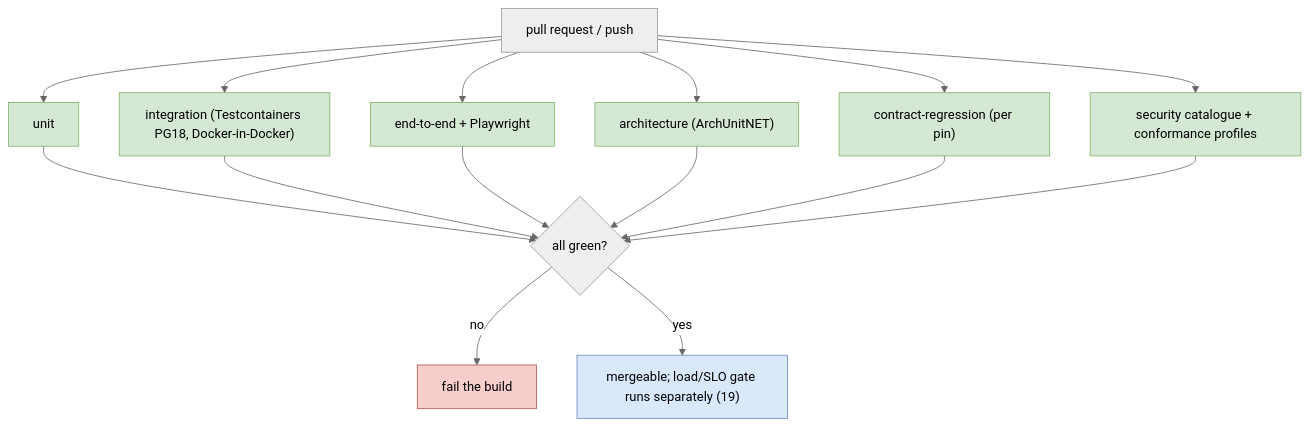
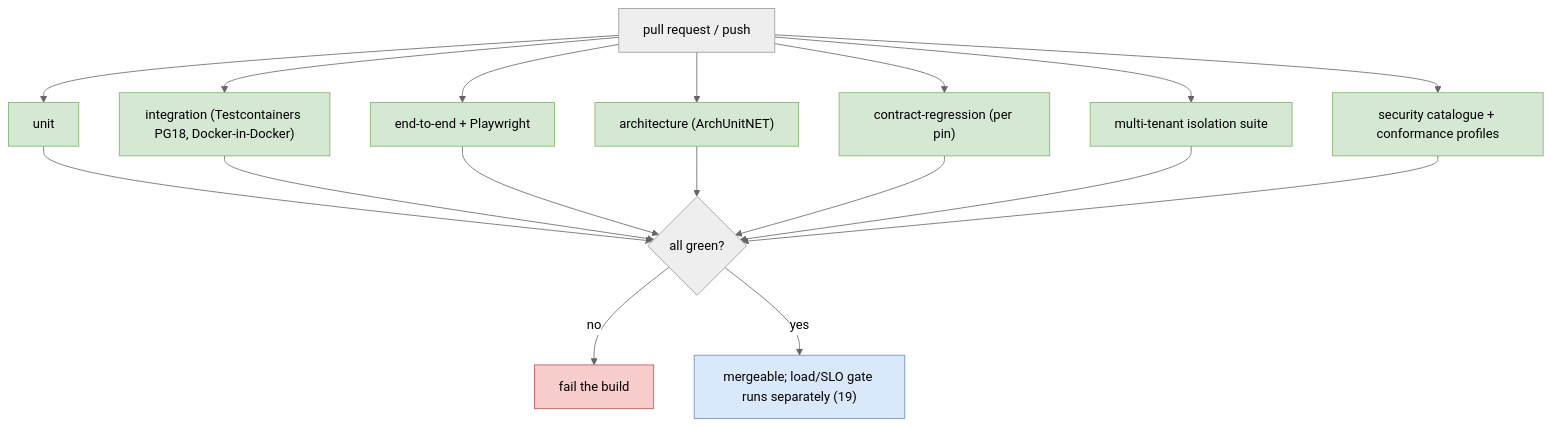
The diagram in docs/design/20-testing.md (namphuongtran/nami), drawn with Mermaid (neutral theme) before and after one commit. The commit also changed other lines of this file and 2 other files, not shown here.

````diff
--- a/docs/design/20-testing.md
+++ b/docs/design/20-testing.md
@@ -169,20 +233,22 @@
 ```mermaid
 flowchart TD
   PR["pull request / push"] --> U["unit"]:::ok
   PR --> I["integration (Testcontainers PG18, Docker-in-Docker)"]:::ok
   PR --> E["end-to-end + Playwright"]:::ok
   PR --> A["architecture (ArchUnitNET)"]:::ok
   PR --> C["contract-regression (per pin)"]:::ok
+  PR --> T["multi-tenant isolation suite"]:::ok
   PR --> S["security catalogue + conformance profiles"]:::ok
   U --> G{"all green?"}
   I --> G
   E --> G
   A --> G
   C --> G
+  T --> G
   S --> G
   G -->|no| X["fail the build"]:::bad
   G -->|yes| M["mergeable; load/SLO gate runs separately (19)"]:::port
   classDef ok fill:#d5e8d4,stroke:#82b366,color:#000000;
   classDef bad fill:#f8cecc,stroke:#b85450,color:#000000;
   classDef port fill:#dae8fc,stroke:#6c8ebf,color:#000000;
 ```
````
